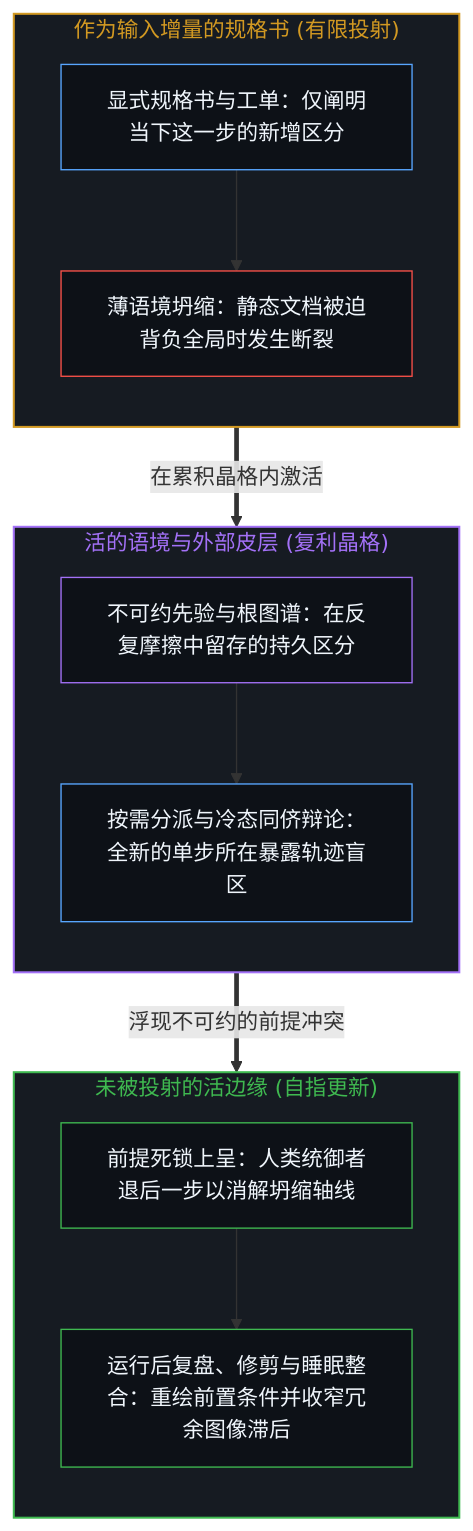
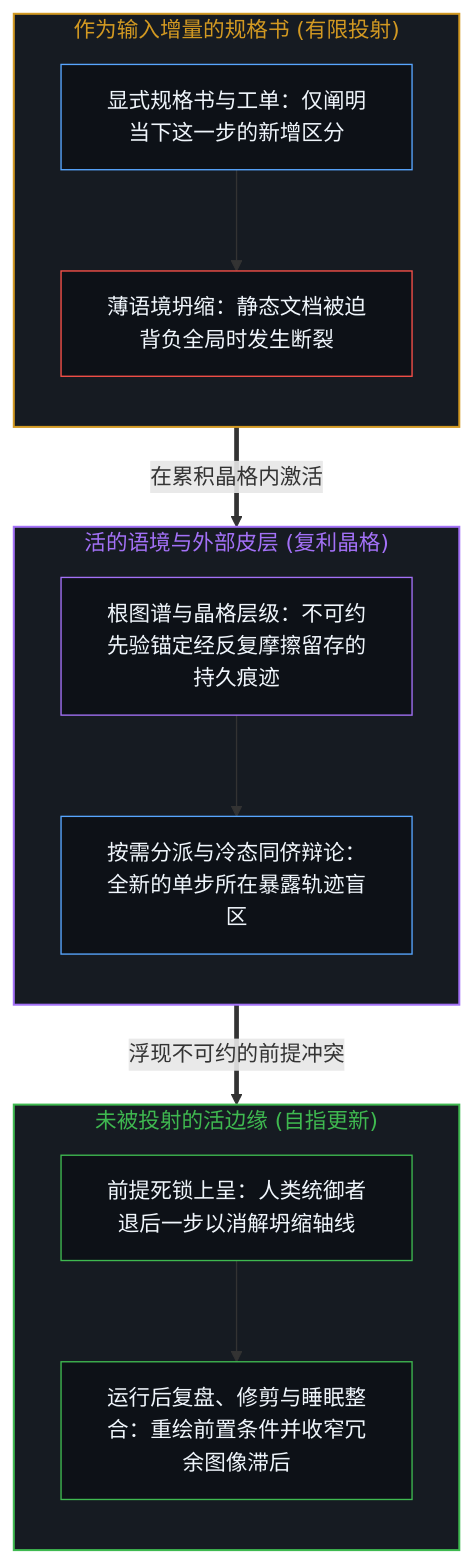
Before and after one commit to powerpig99/not-a-toe: the first of 2 diagrams in content/posts/the-living-context.md, drawn with Mermaid. The commit also changed other lines of this file and 3 other files, not shown here.

````diff
--- a/content/posts/the-living-context.md
+++ b/content/posts/the-living-context.md
@@ -35,32 +35,32 @@
 ```mermaid
 flowchart TD
     subgraph S_Delta["作为输入增量的规格书 (有限投射)"]
         direction TB
         Ticket["显式规格书与工单：仅阐明当下这一步的新增区分"]
         Thin["薄语境坍缩：静态文档被迫背负全局时发生断裂"]
         Ticket --> Thin
     end
     subgraph S_Cortex["活的语境与外部皮层 (复利晶格)"]
         direction TB
-        Priors["不可约先验与根图谱：在反复摩擦中留存的持久区分"]
+        Priors["根图谱与晶格层级：不可约先验锚定经反复摩擦留存的持久痕迹"]
         Mitosis["按需分派与冷态同侪辩论：全新的单步所在暴露轨迹盲区"]
         Priors --> Mitosis
     end
     subgraph S_Edge["未被投射的活边缘 (自指更新)"]
         direction TB
         Escalation["前提死锁上呈：人类统御者退后一步以消解坍缩轴线"]
         ReRender["运行后复盘、修剪与睡眠整合：重绘前置条件并收窄冗余图像滞后"]
         Escalation --> ReRender
     end
     Ticket ==>|"在累积晶格内激活"| Priors
     Mitosis ==>|"浮现不可约的前提冲突"| Escalation
     style S_Delta fill:#161b22,stroke:#d29922,stroke-width:1.5px,color:#d29922
     style S_Cortex fill:#161b22,stroke:#a371f7,stroke-width:1.5px,color:#a371f7
     style S_Edge fill:#161b22,stroke:#3fb950,stroke-width:1.5px,color:#3fb950
     style Ticket fill:#0d1117,stroke:#58a6ff,stroke-width:1px,color:#f0f6fc
     style Thin fill:#0d1117,stroke:#f85149,stroke-width:1px,color:#f0f6fc
     style Priors fill:#0d1117,stroke:#a371f7,stroke-width:1px,color:#f0f6fc
     style Mitosis fill:#0d1117,stroke:#58a6ff,stroke-width:1px,color:#f0f6fc
     style Escalation fill:#0d1117,stroke:#3fb950,stroke-width:1px,color:#f0f6fc
     style ReRender fill:#0d1117,stroke:#3fb950,stroke-width:1px,color:#f0f6fc
 ```
````
